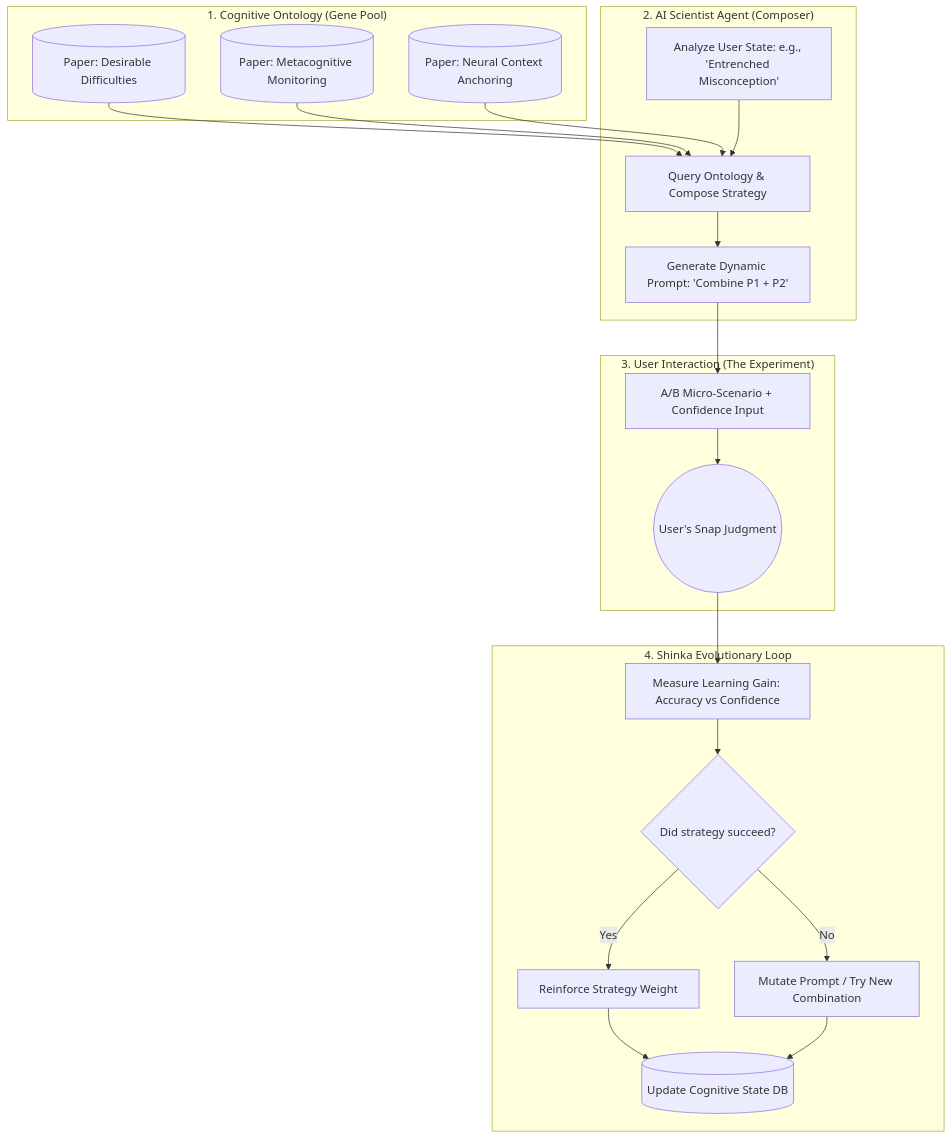
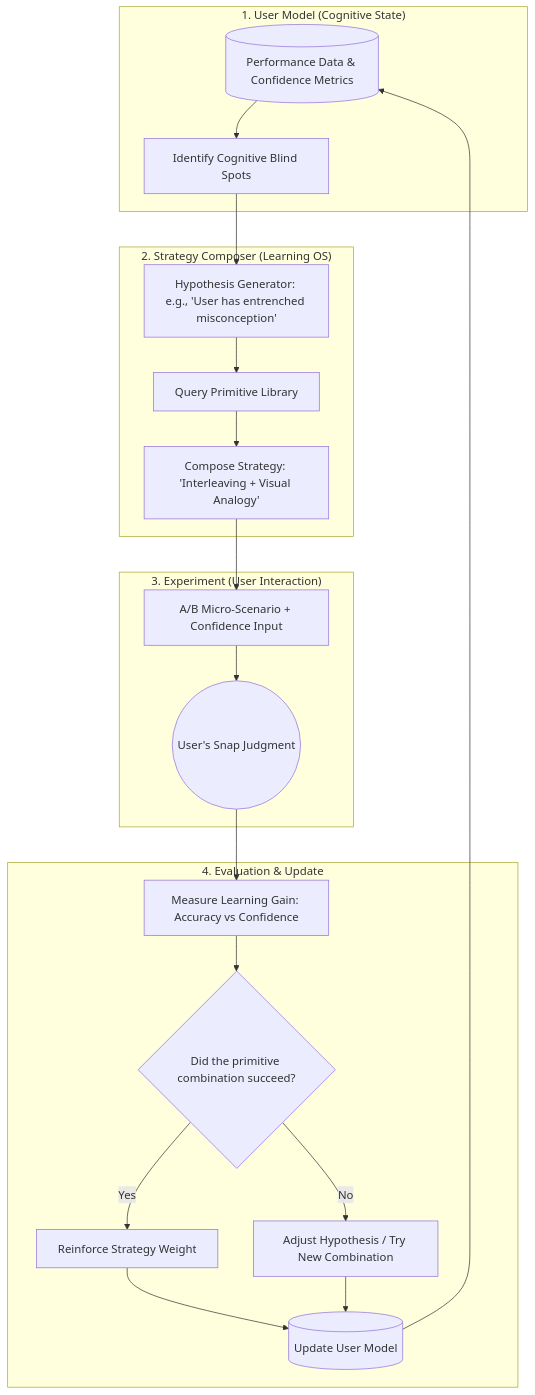
The diagram in README.md (nakamura26002002921-a11y/Kankaku), drawn with Mermaid before and after one commit. The commit also changed other lines of this file, not shown here.

````diff
--- a/README.md
+++ b/README.md
@@ -45,38 +50,37 @@
 ```mermaid
 graph TD
-    subgraph "1. Cognitive Ontology (Gene Pool)"
-        P1[(Paper: Desirable Difficulties)]
-        P2[(Paper: Metacognitive Monitoring)]
-        P3[(Paper: Neural Context Anchoring)]
+    subgraph "1. User Model (Cognitive State)"
+        A[(Performance Data & Confidence Metrics)]
+        B[Identify Cognitive Blind Spots]
     end
 
-    subgraph "2. AI Scientist Agent (Composer)"
-        A[Analyze User State: e.g., 'Entrenched Misconception']
-        B[Query Ontology & Compose Strategy]
-        C[Generate Dynamic Prompt: 'Combine P1 + P2']
+    subgraph "2. Strategy Composer (Learning OS)"
+        C[Hypothesis Generator: e.g., 'User has entrenched misconception']
+        D[Query Primitive Library]
+        E[Compose Strategy: 'Interleaving + Visual Analogy']
     end
 
-    subgraph "3. User Interaction (The Experiment)"
-        D[A/B Micro-Scenario + Confidence Input]
-        E((User's Snap Judgment))
+    subgraph "3. Experiment (User Interaction)"
+        F[A/B Micro-Scenario + Confidence Input]
+        G((User's Snap Judgment))
     end
 
-    subgraph "4. Shinka Evolutionary Loop"
-        F[Measure Learning Gain: Accuracy vs Confidence]
-        G{Did strategy succeed?}
-        G -->|Yes| H[Reinforce Strategy Weight]
-        G -->|No| I[Mutate Prompt / Try New Combination]
-        H --> J[(Update Cognitive State DB)]
-        I --> J
+    subgraph "4. Evaluation & Update"
+        H[Measure Learning Gain: Accuracy vs Confidence]
+        I{Did the primitive combination succeed?}
+        I -->|Yes| J[Reinforce Strategy Weight]
+        I -->|No| K[Adjust Hypothesis / Try New Combination]
+        J --> L[(Update User Model)]
+        K --> L
     end
 
-    P1 --> B
-    P2 --> B
-    P3 --> B
     A --> B
     B --> C
     C --> D
     D --> E
     E --> F
     F --> G
+    G --> H
+    H --> I
+    L --> A
 ```
````
